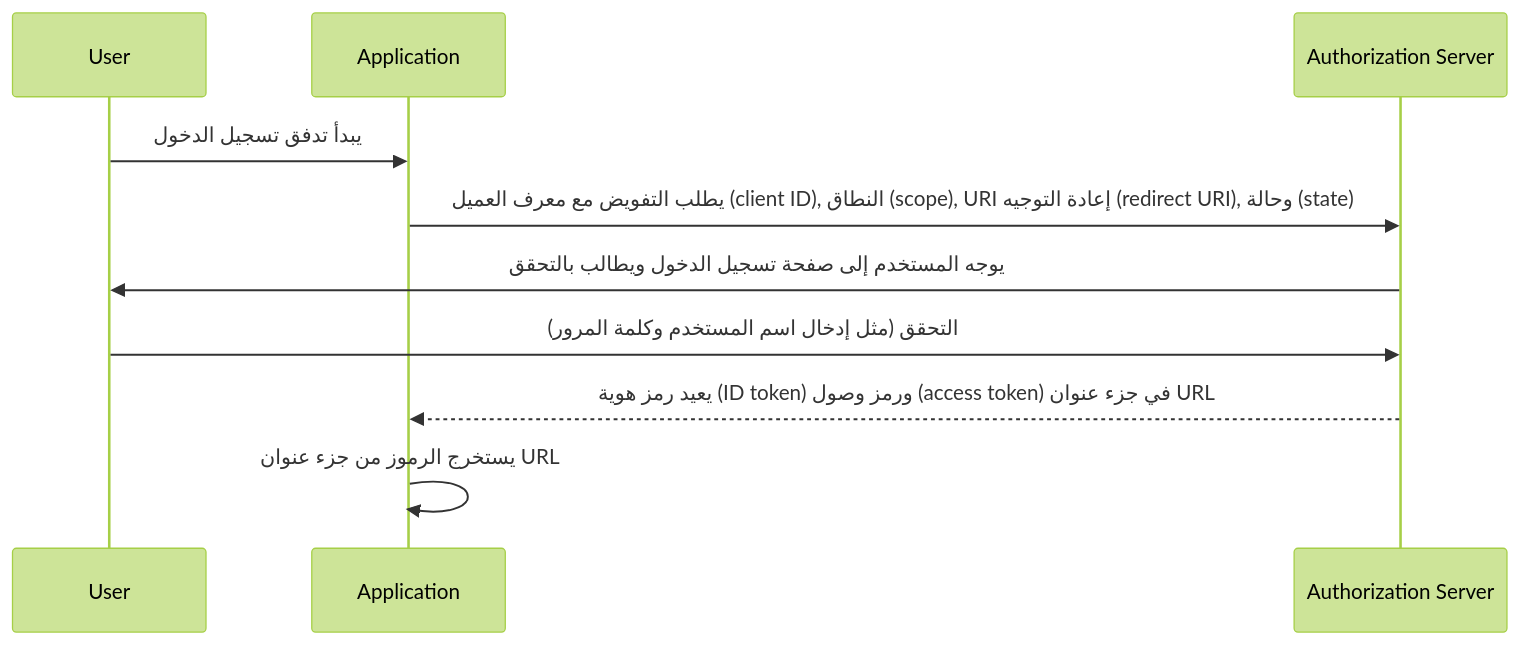
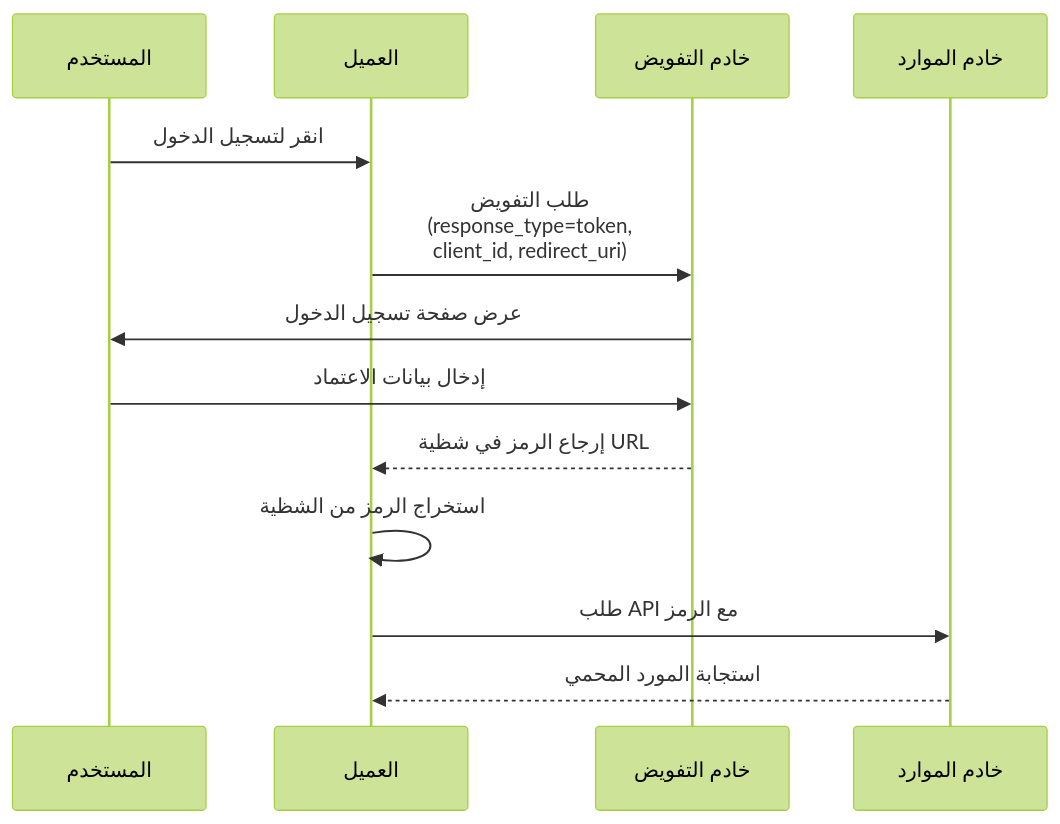
The diagram in src/content/terms/ar/implicit-flow.mdx (logto-io/auth-wiki), drawn with Mermaid (forest theme) before and after one commit. The commit also changed other lines of this file and 95 other files, not shown here.

````diff
--- a/src/content/terms/ar/implicit-flow.mdx
+++ b/src/content/terms/ar/implicit-flow.mdx
@@ -20,12 +19,16 @@
 ```mermaid
 sequenceDiagram
-participant User
-participant Application
-participant Authorization Server
-User->>Application: يبدأ تدفق تسجيل الدخول
-Application->>Authorization Server: يطلب التفويض مع معرف العميل (client ID), النطاق (scope), URI إعادة التوجيه (redirect URI), وحالة (state)
-Authorization Server->>User: يوجه المستخدم إلى صفحة تسجيل الدخول ويطالب بالتحقق
-User->>Authorization Server: التحقق (مثل إدخال اسم المستخدم وكلمة المرور)
-Authorization Server -->>Application: يعيد رمز هوية (ID token) ورمز وصول (access token) في جزء عنوان URL
-Application->>Application: يستخرج الرموز من جزء عنوان URL
+  participant U as المستخدم
+  participant C as العميل
+  participant AS as خادم التفويض
+  participant RS as خادم الموارد
+
+  U->>C: انقر لتسجيل الدخول
+  C->>AS: طلب التفويض<br/>(response_type=token,<br/>client_id, redirect_uri)
+  AS->>U: عرض صفحة تسجيل الدخول
+  U->>AS: إدخال بيانات الاعتماد
+  AS-->>C: إرجاع الرمز في شظية URL
+  C->>C: استخراج الرمز من الشظية
+  C->>RS: طلب API مع الرمز
+  RS-->>C: استجابة المورد المحمي
 ```
````
